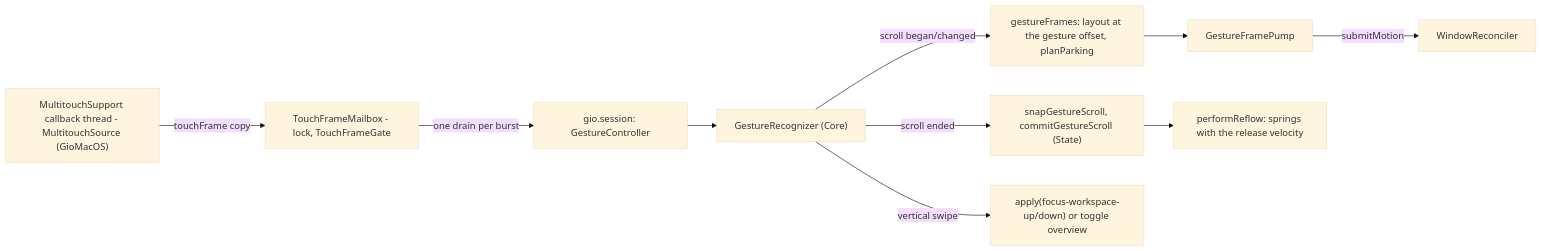
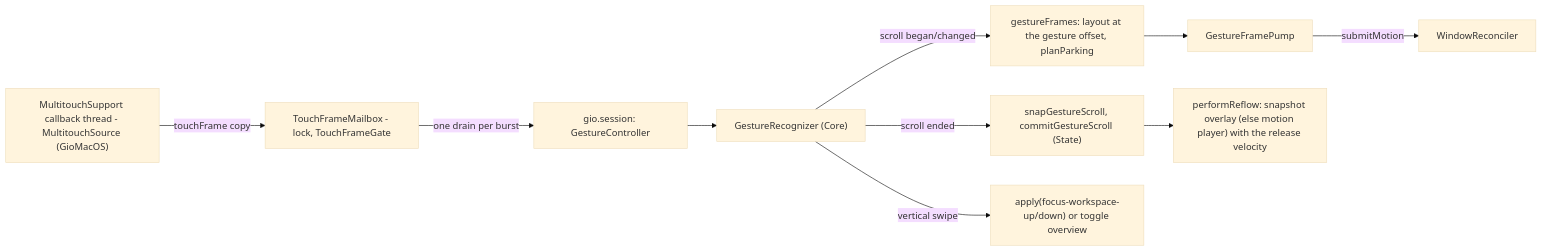
The fourth of 6 diagrams in docs/ARCHITECTURE.md (ismaelosuna7824/gio), drawn with Mermaid (base theme) before and after one commit. The commit also changed other lines of this file and 10 other files, not shown here.

Commit message:
fix(gestures): settle a swipe on the snapshot overlay with the release velocity

````diff
--- a/docs/ARCHITECTURE.md
+++ b/docs/ARCHITECTURE.md
@@ -441,12 +441,12 @@
 ```mermaid
 flowchart LR
     MT["MultitouchSupport callback thread - MultitouchSource (GioMacOS)"] -->|"touchFrame copy"| Box["TouchFrameMailbox - lock, TouchFrameGate"]
     Box -->|"one drain per burst"| Ctl["gio.session: GestureController"]
     Ctl --> Rec["GestureRecognizer (Core)"]
     Rec -->|"scroll began/changed"| Frames["gestureFrames: layout at the gesture offset, planParking"]
     Frames --> Pump["GestureFramePump"]
     Pump -->|"submitMotion"| WR["WindowReconciler"]
     Rec -->|"scroll ended"| Snap["snapGestureScroll, commitGestureScroll (State)"]
-    Snap --> Pass["performReflow: springs with the release velocity"]
+    Snap --> Pass["performReflow: snapshot overlay (else motion player) with the release velocity"]
     Rec -->|"vertical swipe"| Act["apply(focus-workspace-up/down) or toggle overview"]
 ```
````
